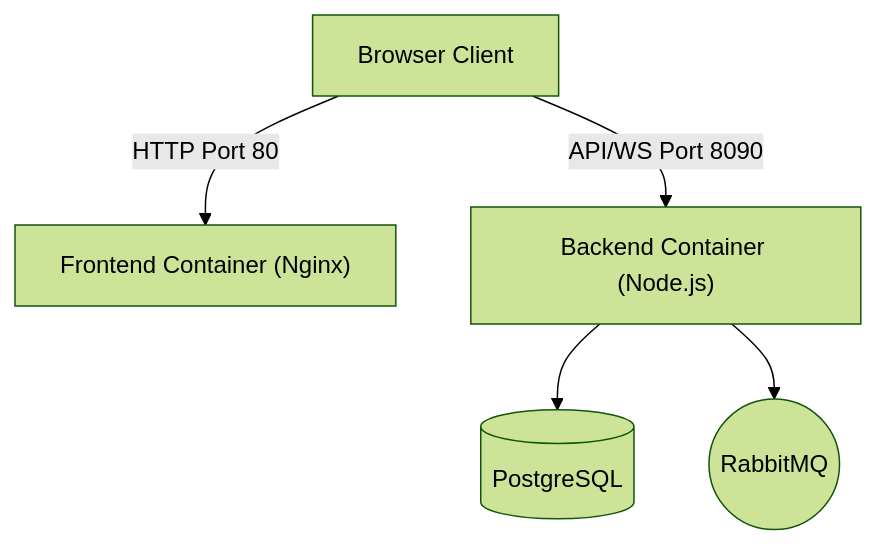
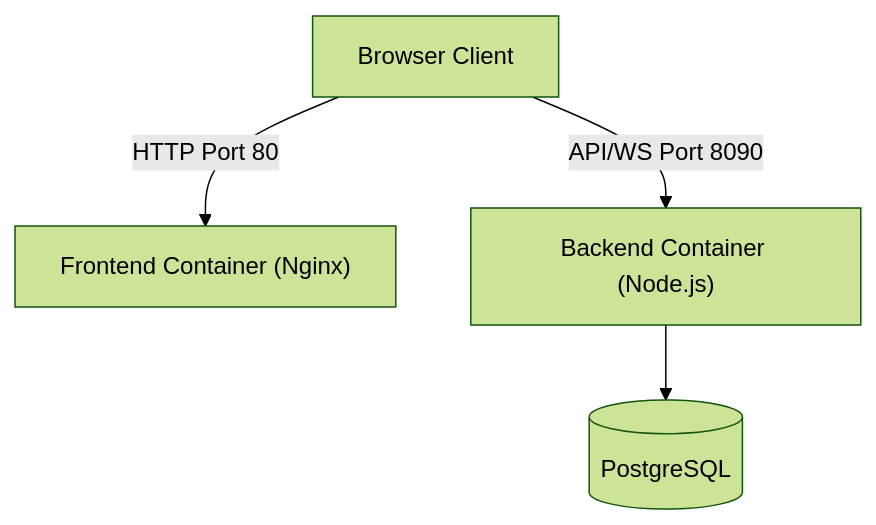
One commit to Jet-labs/jet-admin changed the diagram in docs/docs/setup/docker-deployment.md. Above: the diagram before and after it, drawn with Mermaid (forest theme). The commit also changed other lines of this file and 110 other files, not shown here.

````diff
--- a/docs/docs/setup/docker-deployment.md
+++ b/docs/docs/setup/docker-deployment.md
@@ -23,14 +23,12 @@
 ```mermaid
 graph TD
     Client[Browser Client]
     Frontend["Frontend Container (Nginx)"]
     Backend["Backend Container (Node.js)"]
     DB[(PostgreSQL)]
-    MQ((RabbitMQ))
 
     Client -->|HTTP Port 80| Frontend
     Client -->|API/WS Port 8090| Backend
-    
+
     Backend --> DB
-    Backend --> MQ
 ```
````
